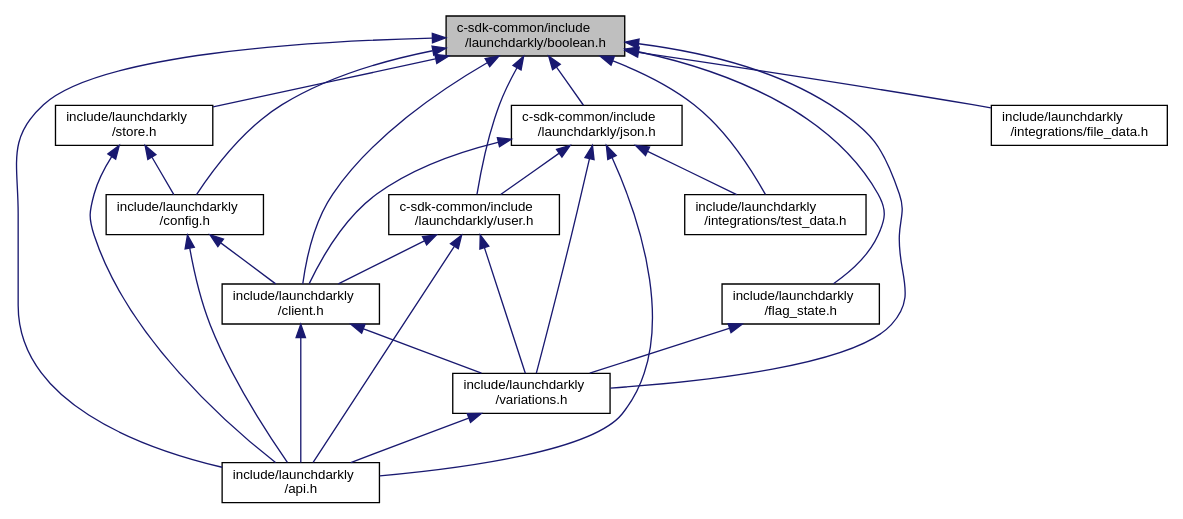
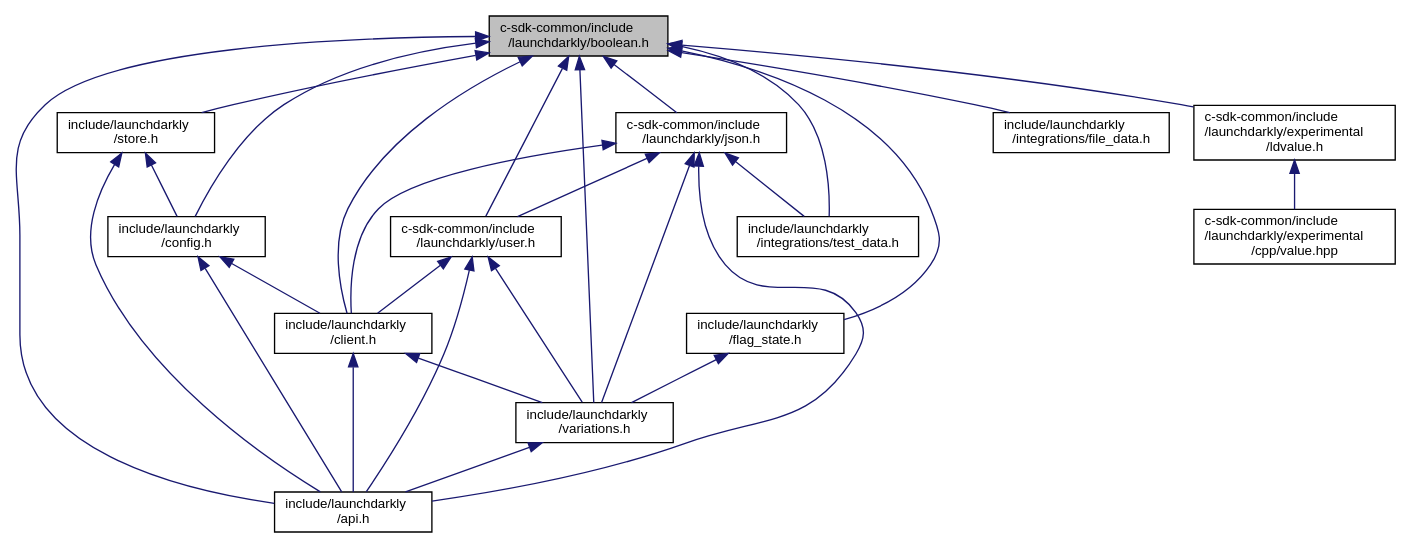
One commit to launchdarkly/c-server-sdk changed the diagram in boolean_8h__dep__incl.dot. Above: the diagram before and after it, drawn with Graphviz. The commit also changed 150 other files, not shown here.

```diff
--- a/boolean_8h__dep__incl.dot
+++ b/boolean_8h__dep__incl.dot
@@ -1,43 +1,47 @@
 digraph "c-sdk-common/include/launchdarkly/boolean.h"
 {
  // LATEX_PDF_SIZE
   edge [fontname="Helvetica",fontsize="10",labelfontname="Helvetica",labelfontsize="10"];
   node [fontname="Helvetica",fontsize="10",shape=record];
   Node1 [label="c-sdk-common/include\l/launchdarkly/boolean.h",height=0.2,width=0.4,color="black", fillcolor="grey75", style="filled", fontcolor="black",tooltip="A custom c89 boolean type."];
   Node1 -> Node2 [dir="back",color="midnightblue",fontsize="10",style="solid",fontname="Helvetica"];
   Node2 [label="include/launchdarkly\l/api.h",height=0.2,width=0.4,color="black", fillcolor="white", style="filled",URL="$api_8h.html",tooltip="Public API. Include this for every public operation."];
   Node1 -> Node3 [dir="back",color="midnightblue",fontsize="10",style="solid",fontname="Helvetica"];
   Node3 [label="include/launchdarkly\l/client.h",height=0.2,width=0.4,color="black", fillcolor="white", style="filled",URL="$client_8h.html",tooltip="Public API for Client operations."];
   Node3 -> Node2 [dir="back",color="midnightblue",fontsize="10",style="solid",fontname="Helvetica"];
   Node3 -> Node4 [dir="back",color="midnightblue",fontsize="10",style="solid",fontname="Helvetica"];
   Node4 [label="include/launchdarkly\l/variations.h",height=0.2,width=0.4,color="black", fillcolor="white", style="filled",URL="$variations_8h.html",tooltip="Public API for evaluation variations."];
   Node4 -> Node2 [dir="back",color="midnightblue",fontsize="10",style="solid",fontname="Helvetica"];
   Node1 -> Node5 [dir="back",color="midnightblue",fontsize="10",style="solid",fontname="Helvetica"];
   Node5 [label="include/launchdarkly\l/config.h",height=0.2,width=0.4,color="black", fillcolor="white", style="filled",URL="$config_8h.html",tooltip="Public API for Configuration."];
   Node5 -> Node3 [dir="back",color="midnightblue",fontsize="10",style="solid",fontname="Helvetica"];
   Node5 -> Node2 [dir="back",color="midnightblue",fontsize="10",style="solid",fontname="Helvetica"];
   Node1 -> Node6 [dir="back",color="midnightblue",fontsize="10",style="solid",fontname="Helvetica"];
   Node6 [label="include/launchdarkly\l/store.h",height=0.2,width=0.4,color="black", fillcolor="white", style="filled",URL="$store_8h.html",tooltip="Public API for Store implementations."];
   Node6 -> Node5 [dir="back",color="midnightblue",fontsize="10",style="solid",fontname="Helvetica"];
   Node6 -> Node2 [dir="back",color="midnightblue",fontsize="10",style="solid",fontname="Helvetica"];
   Node1 -> Node7 [dir="back",color="midnightblue",fontsize="10",style="solid",fontname="Helvetica"];
   Node7 [label="c-sdk-common/include\l/launchdarkly/json.h",height=0.2,width=0.4,color="black", fillcolor="white", style="filled",URL="$json_8h.html",tooltip="Public API Interface for JSON usage."];
   Node7 -> Node3 [dir="back",color="midnightblue",fontsize="10",style="solid",fontname="Helvetica"];
   Node7 -> Node8 [dir="back",color="midnightblue",fontsize="10",style="solid",fontname="Helvetica"];
   Node8 [label="c-sdk-common/include\l/launchdarkly/user.h",height=0.2,width=0.4,color="black", fillcolor="white", style="filled",URL="$user_8h.html",tooltip="Public API Interface for User construction."];
   Node8 -> Node3 [dir="back",color="midnightblue",fontsize="10",style="solid",fontname="Helvetica"];
   Node8 -> Node2 [dir="back",color="midnightblue",fontsize="10",style="solid",fontname="Helvetica"];
   Node8 -> Node4 [dir="back",color="midnightblue",fontsize="10",style="solid",fontname="Helvetica"];
   Node7 -> Node2 [dir="back",color="midnightblue",fontsize="10",style="solid",fontname="Helvetica"];
   Node7 -> Node4 [dir="back",color="midnightblue",fontsize="10",style="solid",fontname="Helvetica"];
   Node7 -> Node9 [dir="back",color="midnightblue",fontsize="10",style="solid",fontname="Helvetica"];
   Node9 [label="include/launchdarkly\l/integrations/test_data.h",height=0.2,width=0.4,color="black", fillcolor="white", style="filled",URL="$test__data_8h.html",tooltip="Public API for LDTestData."];
   Node1 -> Node8 [dir="back",color="midnightblue",fontsize="10",style="solid",fontname="Helvetica"];
   Node1 -> Node4 [dir="back",color="midnightblue",fontsize="10",style="solid",fontname="Helvetica"];
   Node1 -> Node10 [dir="back",color="midnightblue",fontsize="10",style="solid",fontname="Helvetica"];
   Node10 [label="include/launchdarkly\l/flag_state.h",height=0.2,width=0.4,color="black", fillcolor="white", style="filled",URL="$flag__state_8h.html",tooltip="Public API associated with LDAllFlagsState."];
   Node10 -> Node4 [dir="back",color="midnightblue",fontsize="10",style="solid",fontname="Helvetica"];
   Node1 -> Node11 [dir="back",color="midnightblue",fontsize="10",style="solid",fontname="Helvetica"];
   Node11 [label="include/launchdarkly\l/integrations/file_data.h",height=0.2,width=0.4,color="black", fillcolor="white", style="filled",URL="$file__data_8h.html",tooltip="Public API for file data source."];
   Node1 -> Node9 [dir="back",color="midnightblue",fontsize="10",style="solid",fontname="Helvetica"];
+  Node1 -> Node12 [dir="back",color="midnightblue",fontsize="10",style="solid",fontname="Helvetica"];
+  Node12 [label="c-sdk-common/include\l/launchdarkly/experimental\l/ldvalue.h",height=0.2,width=0.4,color="black", fillcolor="white", style="filled",URL="$ldvalue_8h.html",tooltip="LDValues represent immutable JSON values."];
+  Node12 -> Node13 [dir="back",color="midnightblue",fontsize="10",style="solid",fontname="Helvetica"];
+  Node13 [label="c-sdk-common/include\l/launchdarkly/experimental\l/cpp/value.hpp",height=0.2,width=0.4,color="black", fillcolor="white", style="filled",URL="$value_8hpp_source.html",tooltip=" "];
 }
```
